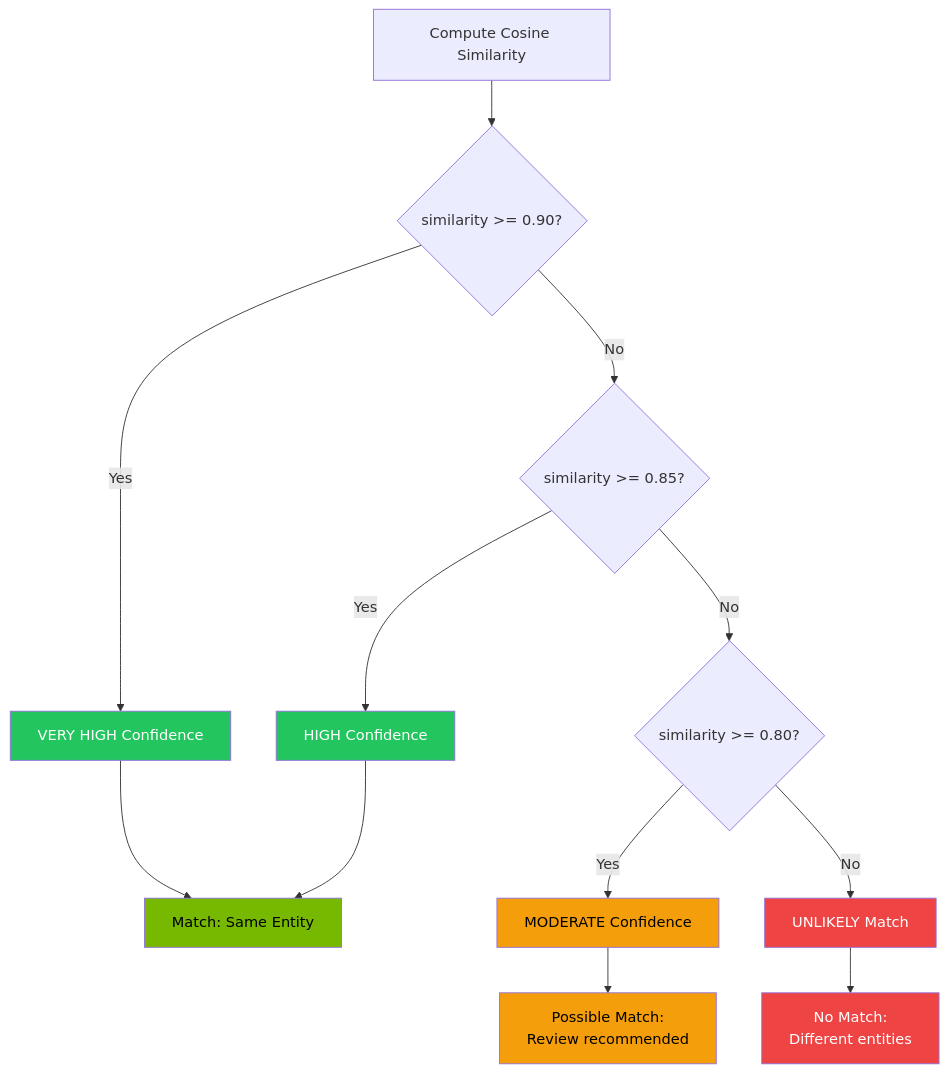
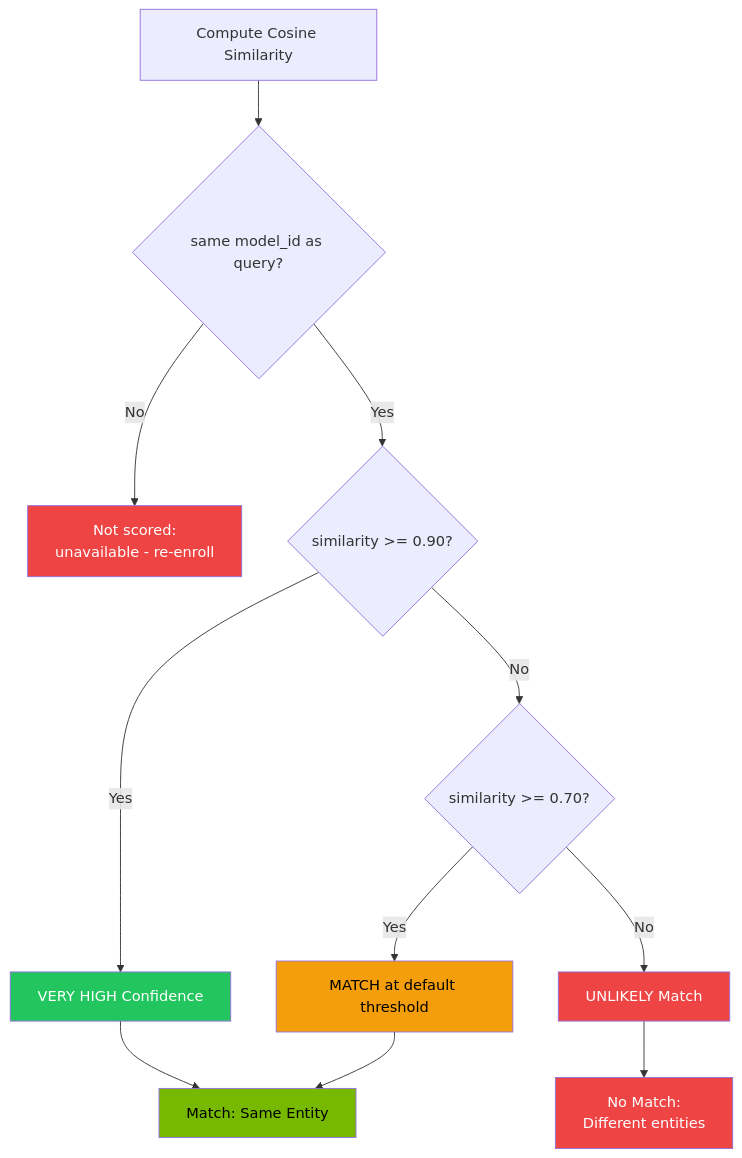
The second of 3 diagrams in docs/developer/entity-tracking.md (mikesvoboda/nemotron-v3-home-security-intelligence), drawn with Mermaid before and after one commit. The commit also changed other lines of this file and 65 other files, not shown here.

````diff
--- a/docs/developer/entity-tracking.md
+++ b/docs/developer/entity-tracking.md
@@ -257,26 +269,24 @@
 ```mermaid
 flowchart TD
-    A[Compute Cosine Similarity] --> B{similarity >= 0.90?}
-    B -->|Yes| C[VERY HIGH Confidence]
-    B -->|No| D{similarity >= 0.85?}
+    A[Compute Cosine Similarity] --> B{same model_id as query?}
+    B -->|No| N[Not scored:<br>unavailable - re-enroll]
+    B -->|Yes| C{similarity >= 0.90?}
 
-    D -->|Yes| E[HIGH Confidence]
-    D -->|No| F{similarity >= 0.80?}
+    C -->|Yes| E[VERY HIGH Confidence]
+    C -->|No| F{similarity >= 0.70?}
 
-    F -->|Yes| G[MODERATE Confidence]
+    F -->|Yes| G[MATCH at default threshold]
     F -->|No| H[UNLIKELY Match]
 
-    C --> I[Match: Same Entity]
-    E --> I
-    G --> J[Possible Match:<br>Review recommended]
+    E --> I[Match: Same Entity]
+    G --> I
     H --> K[No Match:<br>Different entities]
 
-    style C fill:#22C55E,color:#fff
     style E fill:#22C55E,color:#fff
     style G fill:#F59E0B,color:#000
     style H fill:#EF4444,color:#fff
+    style N fill:#EF4444,color:#fff
 
     style I fill:#76B900,color:#000
-    style J fill:#F59E0B,color:#000
     style K fill:#EF4444,color:#fff
 ```
````
